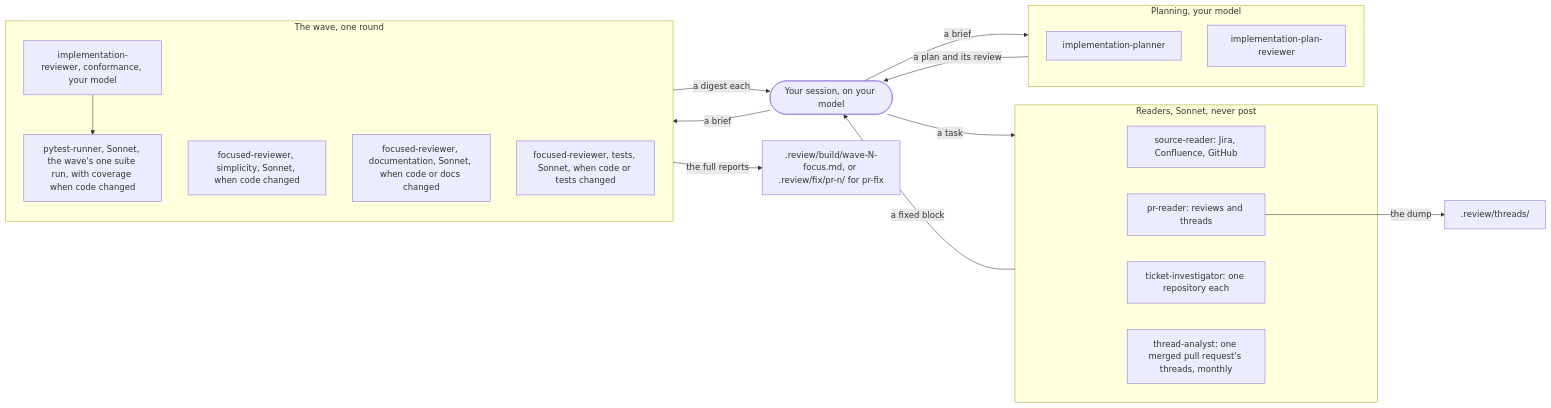
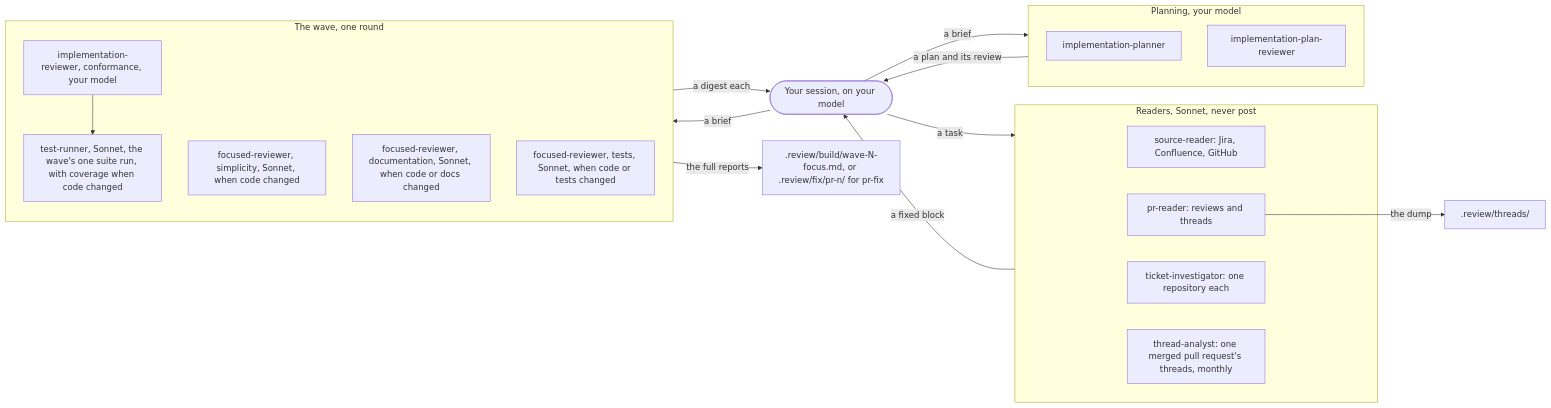
The diagram in docs/design.md (lasp/dev-tools), drawn with Mermaid before and after one commit. The commit also changed other lines of this file and 14 other files, not shown here.

First line of the commit message:
feat(test-runner): run a repository's tests in any language (#22)

````diff
--- a/docs/design.md
+++ b/docs/design.md
@@ -9,32 +9,32 @@
 ```mermaid
 flowchart LR
     you(["Your session, on your model"])
     subgraph readers ["Readers, Sonnet, never post"]
         sourcereader["source-reader: Jira, Confluence, GitHub"]
         prreader["pr-reader: reviews and threads"]
         investigator["ticket-investigator: one repository each"]
         analyst["thread-analyst: one merged pull request's threads, monthly"]
     end
     subgraph planning ["Planning, your model"]
         planner["implementation-planner"]
         planreviewer["implementation-plan-reviewer"]
     end
     subgraph wave ["The wave, one round"]
         conformance["implementation-reviewer, conformance, your model"]
-        runner["pytest-runner, Sonnet, the wave's one suite run, with coverage when code changed"]
+        runner["test-runner, Sonnet, the wave's one suite run, with coverage when code changed"]
         simplicity["focused-reviewer, simplicity, Sonnet, when code changed"]
         documentation["focused-reviewer, documentation, Sonnet, when code or docs changed"]
         tests["focused-reviewer, tests, Sonnet, when code or tests changed"]
         conformance --> runner
     end
     wavefiles[".review/build/wave-N-focus.md, or .review/fix/pr-n/ for pr-fix"]
     threadsdir[".review/threads/"]
     you -- "a task" --> readers
     readers -- "a fixed block" --> you
     you -- "a brief" --> planning
     planning -- "a plan and its review" --> you
     you -- "a brief" --> wave
     wave -- "a digest each" --> you
     wave -- "the full reports" --> wavefiles
     prreader -- "the dump" --> threadsdir
 ```
````
